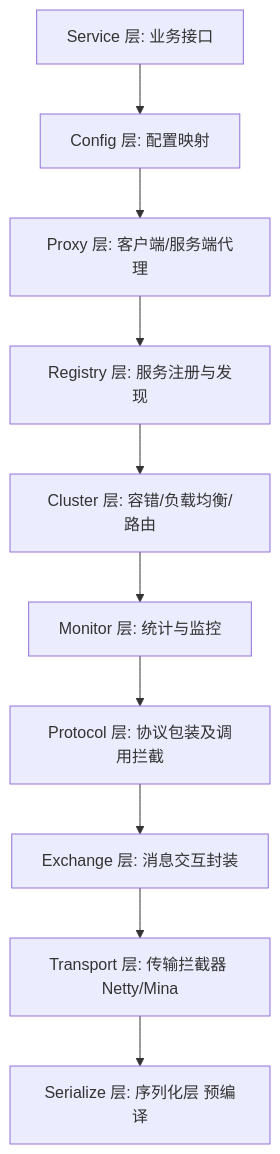
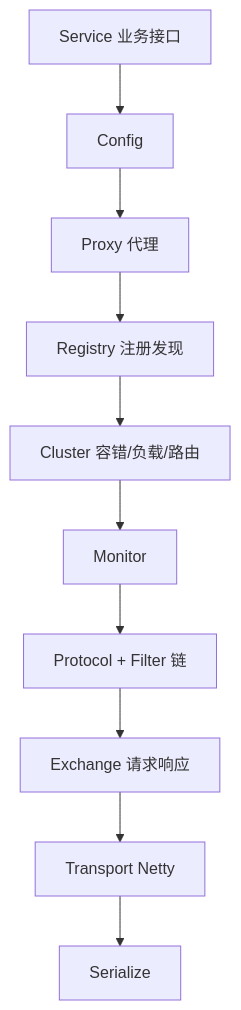
The first of 2 diagrams in docs/java/spring/19-dubbo-rpc-kernel.md (Aiden-Coding/AiDocs), drawn with Mermaid before and after one commit. The commit also changed other lines of this file and 21 other files, not shown here.

````diff
--- a/docs/java/spring/19-dubbo-rpc-kernel.md
+++ b/docs/java/spring/19-dubbo-rpc-kernel.md
@@ -17,12 +31,12 @@
 ```mermaid
-graph TD
-    Service[Service 层: 业务接口] --> Config[Config 层: 配置映射]
-    Config --> Proxy[Proxy 层: 客户端/服务端代理]
-    Proxy --> Register[Registry 层: 服务注册与发现]
-    Register --> Cluster[Cluster 层: 容错/负载均衡/路由]
-    Cluster --> Monitor[Monitor 层: 统计与监控]
-    Monitor --> Protocol[Protocol 层: 协议包装及调用拦截]
-    Protocol --> Exchange[Exchange 层: 消息交互封装]
-    Exchange --> Transport[Transport 层: 传输拦截器 Netty/Mina]
-    Transport --> Serialize[Serialize 层: 序列化层 预编译]
+flowchart TB
+    Service[Service 业务接口] --> Config[Config]
+    Config --> Proxy[Proxy 代理]
+    Proxy --> Registry[Registry 注册发现]
+    Registry --> Cluster[Cluster 容错/负载/路由]
+    Cluster --> Monitor[Monitor]
+    Monitor --> Protocol[Protocol + Filter 链]
+    Protocol --> Exchange[Exchange 请求响应]
+    Exchange --> Transport[Transport Netty]
+    Transport --> Serialize[Serialize]
 ```
````
